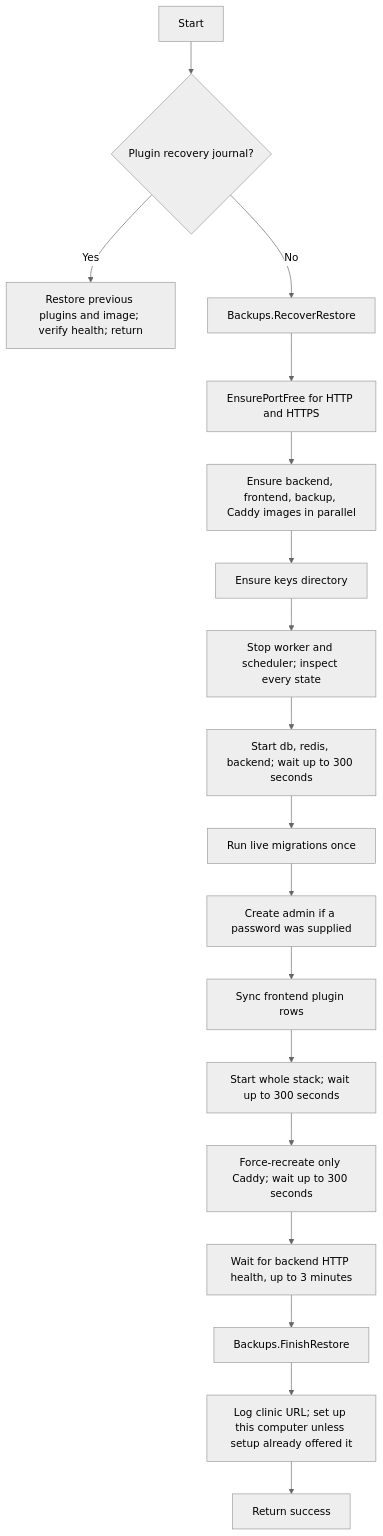
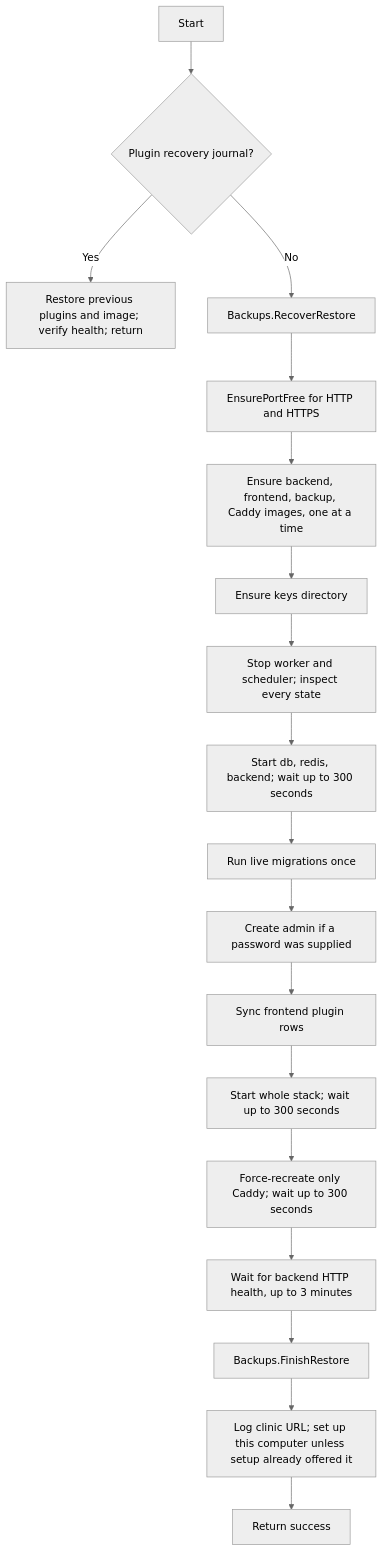
Before and after one commit to ohcnetwork/care_clinic: the sixth of 6 diagrams in docs/clinic-lifecycle.md, drawn with Mermaid (neutral theme). The commit also changed other lines of this file and 25 other files, not shown here.

````diff
--- a/docs/clinic-lifecycle.md
+++ b/docs/clinic-lifecycle.md
@@ -829,20 +831,20 @@
 ```mermaid
 flowchart TD
     Begin["Start"] --> PluginRecovery{"Plugin recovery journal?"}
     PluginRecovery -->|Yes| Rollback["Restore previous plugins and image; verify health; return"]
     PluginRecovery -->|No| Recover["Backups.RecoverRestore"]
     Recover --> Ports["EnsurePortFree for HTTP and HTTPS"]
-    Ports --> Images["Ensure backend, frontend, backup, Caddy images in parallel"]
+    Ports --> Images["Ensure backend, frontend, backup, Caddy images, one at a time"]
     Images --> Keys["Ensure keys directory"]
     Keys --> Pause["Stop worker and scheduler; inspect every state"]
     Pause --> Core["Start db, redis, backend; wait up to 300 seconds"]
     Core --> Migrate["Run live migrations once"]
     Migrate --> Admin["Create admin if a password was supplied"]
     Admin --> Plugins["Sync frontend plugin rows"]
     Plugins --> All["Start whole stack; wait up to 300 seconds"]
     All --> Proxy["Force-recreate only Caddy; wait up to 300 seconds"]
     Proxy --> Health["Wait for backend HTTP health, up to 3 minutes"]
     Health --> Finish["Backups.FinishRestore"]
     Finish --> Local["Log clinic URL; set up this computer unless setup already offered it"]
     Local --> Done["Return success"]
 ```
````
